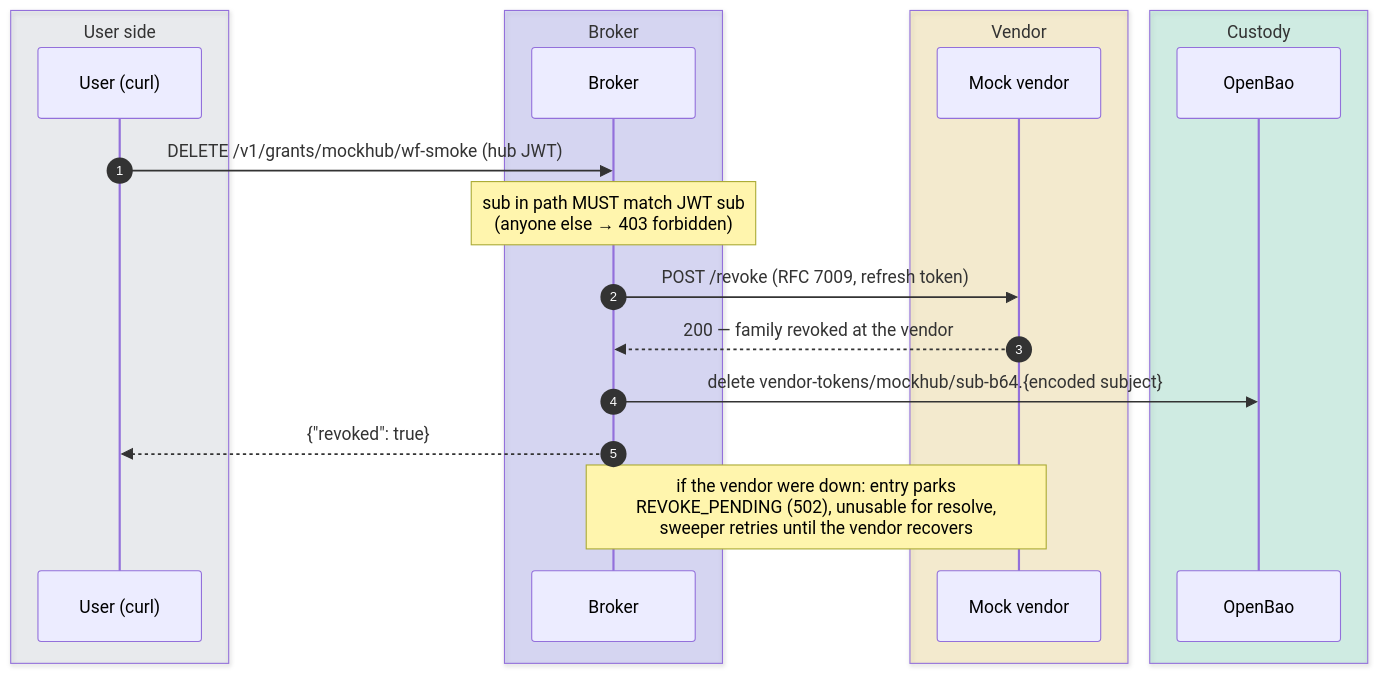
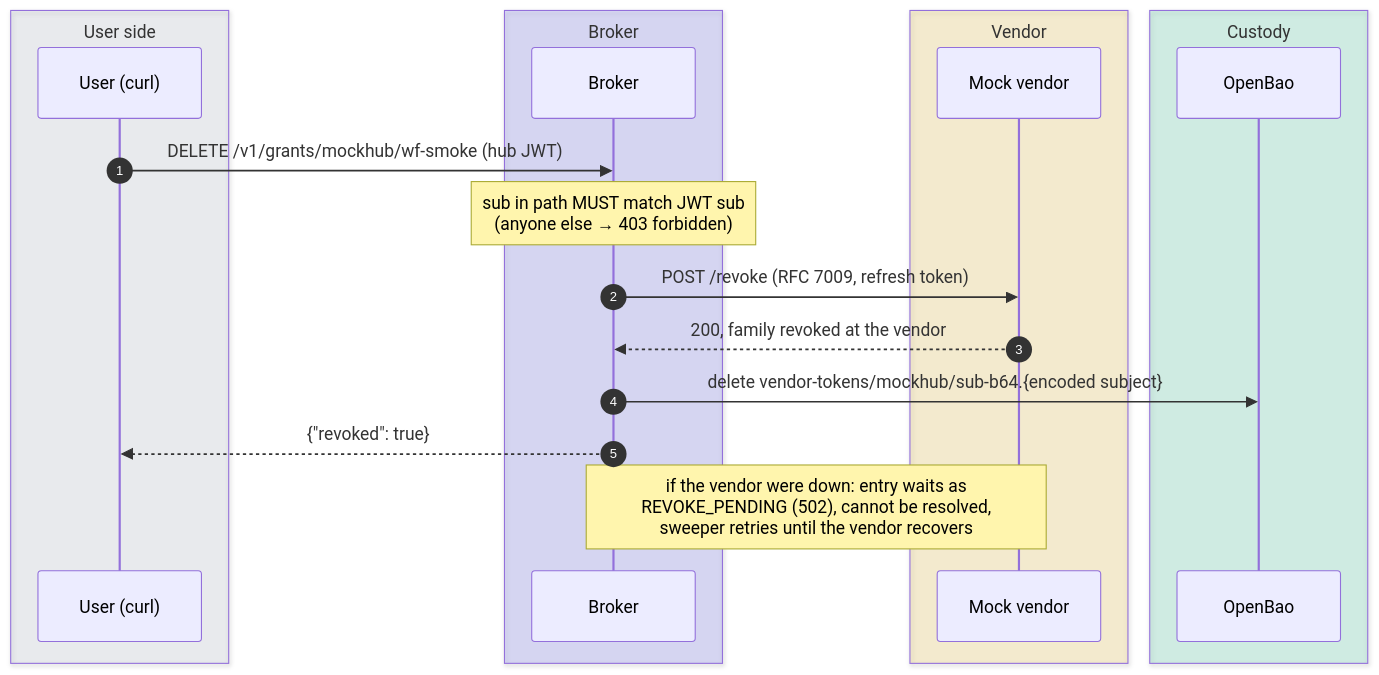
The sixth of 7 diagrams in docs/smoke-tests.md (chief-builder/vendor-token-broker), drawn with Mermaid before and after one commit. The commit also changed other lines of this file and 14 other files, not shown here.

````diff
--- a/docs/smoke-tests.md
+++ b/docs/smoke-tests.md
@@ -396,23 +441,23 @@
 ```mermaid
 sequenceDiagram
     autonumber
     box rgba(148,163,184,0.14) User side
         participant U as User (curl)
     end
     box rgba(99,102,241,0.20) Broker
         participant B as Broker
     end
     box rgba(234,179,8,0.16) Vendor
         participant M as Mock vendor
     end
     box rgba(16,185,129,0.16) Custody
         participant V as OpenBao
     end
     U->>B: DELETE /v1/grants/mockhub/wf-smoke (hub JWT)
     Note over B: sub in path MUST match JWT sub<br/>(anyone else → 403 forbidden)
     B->>M: POST /revoke (RFC 7009, refresh token)
-    M-->>B: 200 — family revoked at the vendor
+    M-->>B: 200, family revoked at the vendor
     B->>V: delete vendor-tokens/mockhub/sub-b64.{encoded subject}
     B-->>U: {"revoked": true}
-    Note over B,M: if the vendor were down: entry parks<br/>REVOKE_PENDING (502), unusable for resolve,<br/>sweeper retries until the vendor recovers
+    Note over B,M: if the vendor were down: entry waits as<br/>REVOKE_PENDING (502), cannot be resolved,<br/>sweeper retries until the vendor recovers
 ```
````
